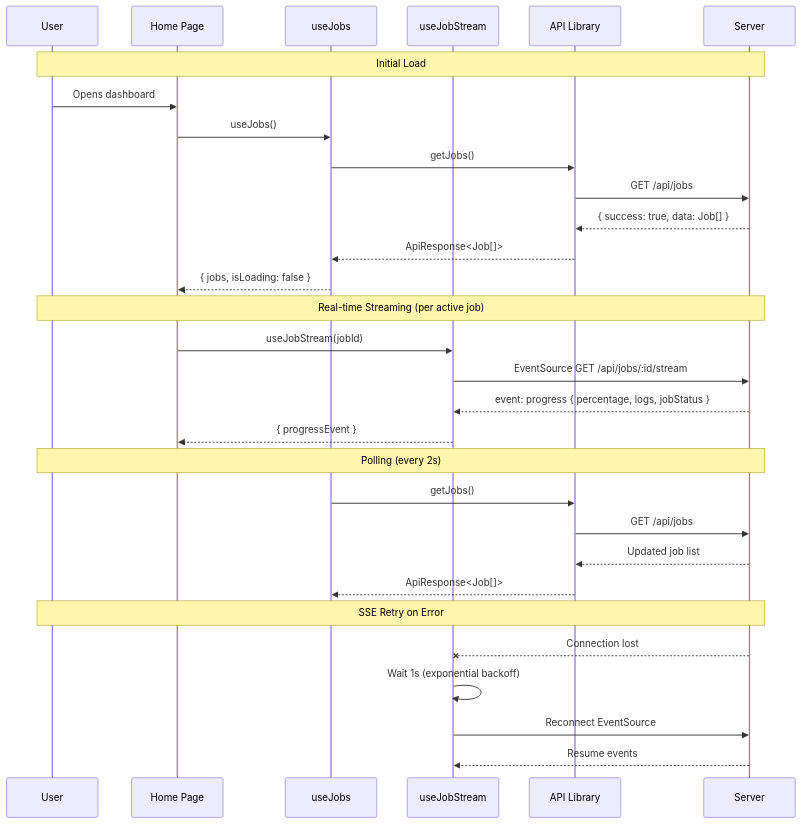
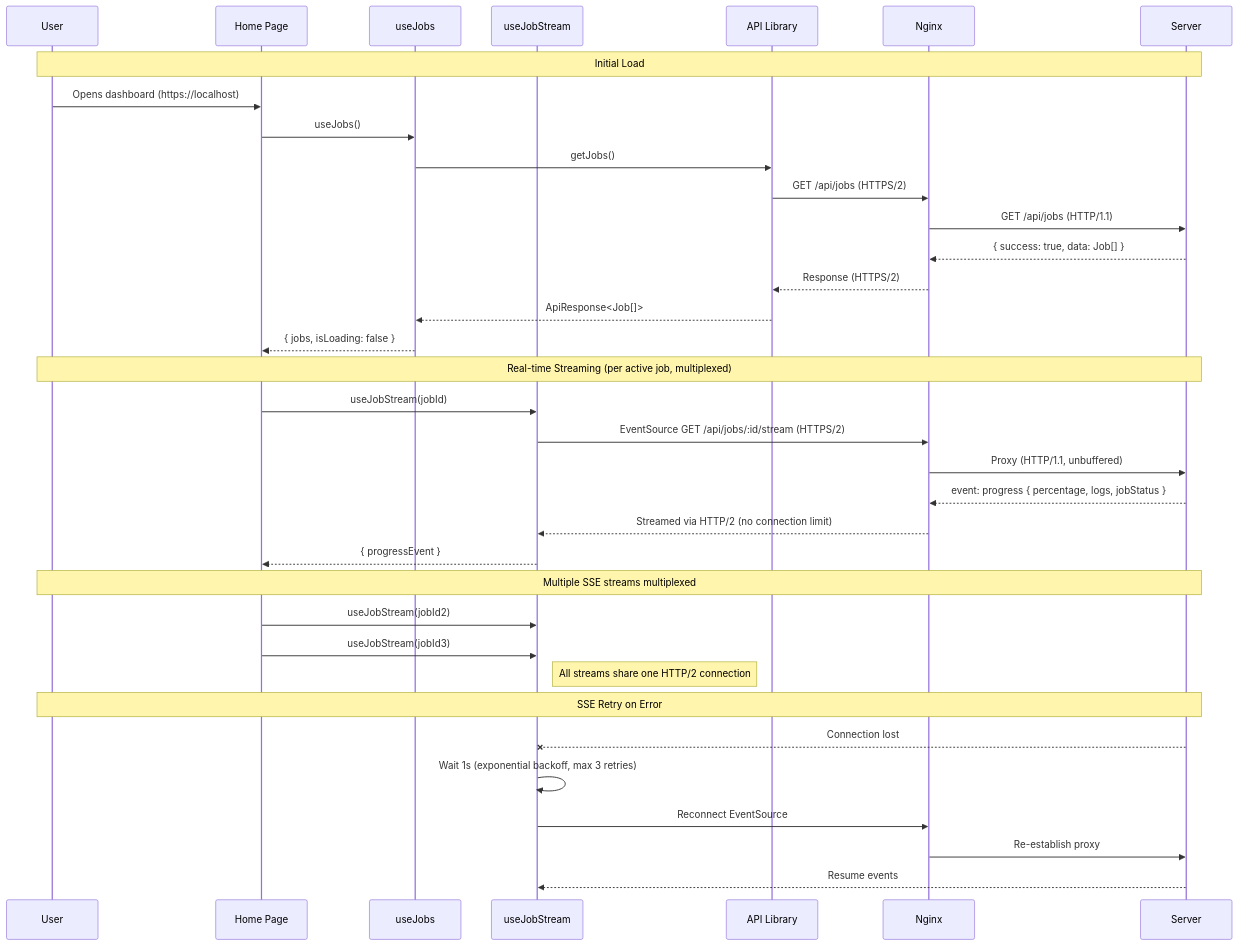
The fourth of 6 diagrams in diagrams/C4-code.md (andrewhouser/job-runner), drawn with Mermaid before and after one commit. The commit also changed other lines of this file and 10 other files, not shown here.

Commit message:
Updated to use NGINX proxy to enable HTTP/2

````diff
--- a/diagrams/C4-code.md
+++ b/diagrams/C4-code.md
@@ -153,36 +176,41 @@
 ```mermaid
 sequenceDiagram
     participant User
     participant Page as Home Page
     participant Hook as useJobs
     participant Stream as useJobStream
     participant API as API Library
+    participant Nginx
     participant Server
 
     Note over User,Server: Initial Load
-    User->>Page: Opens dashboard
+    User->>Page: Opens dashboard (https://localhost)
     Page->>Hook: useJobs()
     Hook->>API: getJobs()
-    API->>Server: GET /api/jobs
-    Server-->>API: { success: true, data: Job[] }
+    API->>Nginx: GET /api/jobs (HTTPS/2)
+    Nginx->>Server: GET /api/jobs (HTTP/1.1)
+    Server-->>Nginx: { success: true, data: Job[] }
+    Nginx-->>API: Response (HTTPS/2)
     API-->>Hook: ApiResponse<Job[]>
     Hook-->>Page: { jobs, isLoading: false }
 
-    Note over User,Server: Real-time Streaming (per active job)
+    Note over User,Server: Real-time Streaming (per active job, multiplexed)
     Page->>Stream: useJobStream(jobId)
-    Stream->>Server: EventSource GET /api/jobs/:id/stream
-    Server-->>Stream: event: progress { percentage, logs, jobStatus }
+    Stream->>Nginx: EventSource GET /api/jobs/:id/stream (HTTPS/2)
+    Nginx->>Server: Proxy (HTTP/1.1, unbuffered)
+    Server-->>Nginx: event: progress { percentage, logs, jobStatus }
+    Nginx-->>Stream: Streamed via HTTP/2 (no connection limit)
     Stream-->>Page: { progressEvent }
 
-    Note over User,Server: Polling (every 2s)
-    Hook->>API: getJobs()
-    API->>Server: GET /api/jobs
-    Server-->>API: Updated job list
-    API-->>Hook: ApiResponse<Job[]>
+    Note over User,Server: Multiple SSE streams multiplexed
+    Page->>Stream: useJobStream(jobId2)
+    Page->>Stream: useJobStream(jobId3)
+    Note right of Stream: All streams share one HTTP/2 connection
 
     Note over User,Server: SSE Retry on Error
     Server--xStream: Connection lost
-    Stream->>Stream: Wait 1s (exponential backoff)
-    Stream->>Server: Reconnect EventSource
+    Stream->>Stream: Wait 1s (exponential backoff, max 3 retries)
+    Stream->>Nginx: Reconnect EventSource
+    Nginx->>Server: Re-establish proxy
     Server-->>Stream: Resume events
 ```
````
